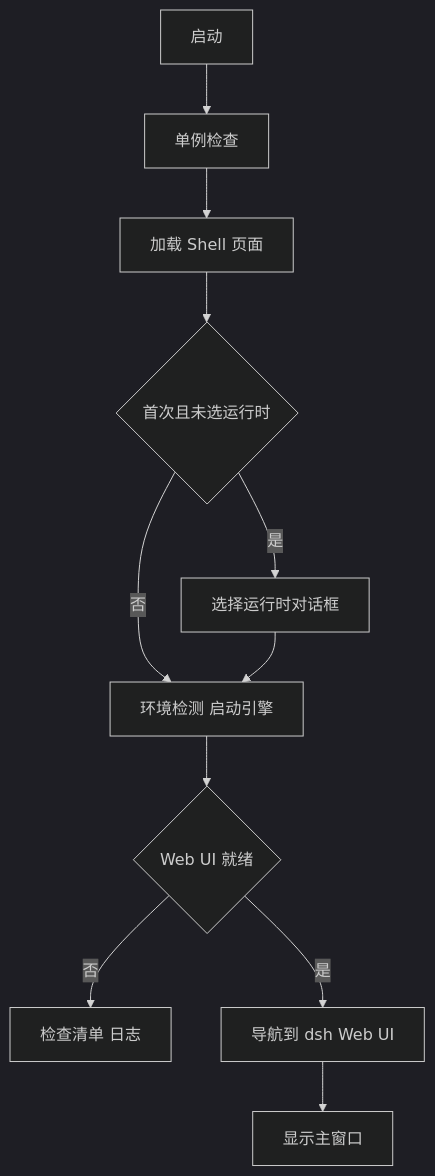
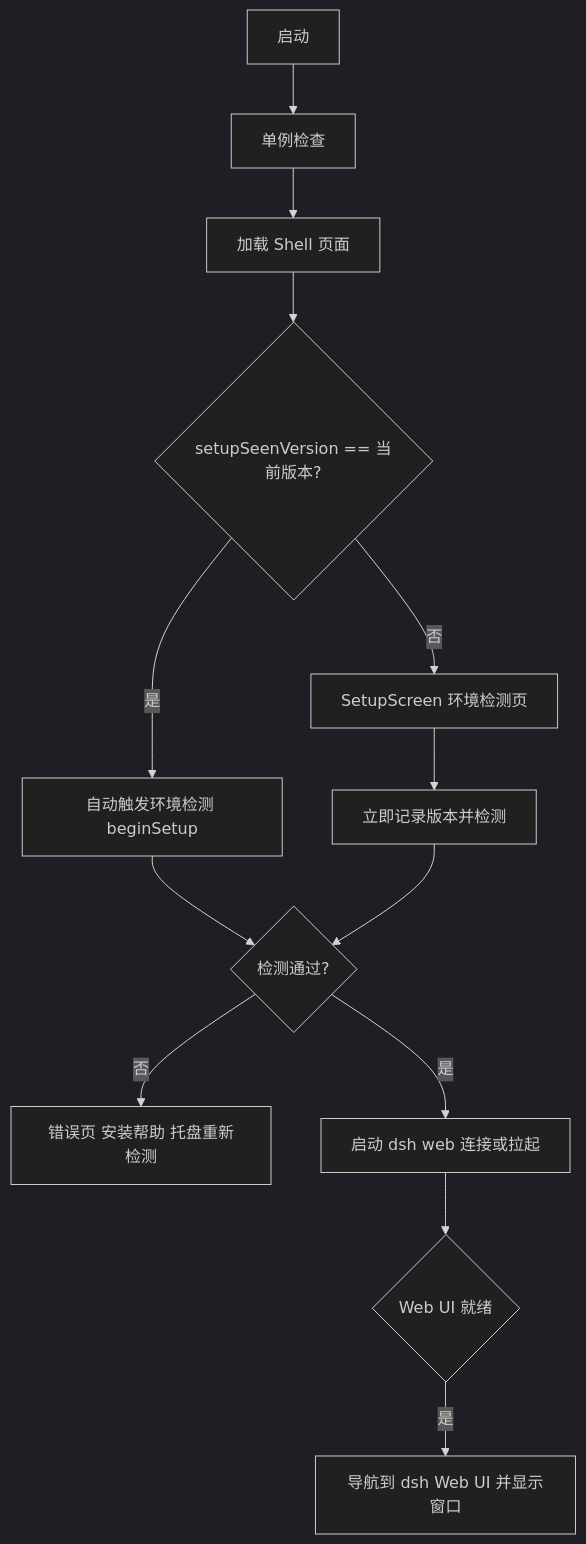
One commit to KevinT-hub/dsh-tauri-gui changed the second of 2 diagrams in docs/ARCHITECTURE.md. Above: the diagram before and after it, drawn with Mermaid (dark theme). The commit also changed other lines of this file and 13 other files, not shown here.

````diff
--- a/docs/ARCHITECTURE.md
+++ b/docs/ARCHITECTURE.md
@@ -59,13 +47,15 @@
 ```mermaid
 flowchart TD
   S[启动] --> SI[单例检查]
   SI --> SP[加载 Shell 页面]
-  SP --> Q{首次且未选运行时}
-  Q -->|是| D1[选择运行时对话框]
-  Q -->|否| D2[环境检测 启动引擎]
-  D1 --> D2
-  D2 --> R{Web UI 就绪}
-  R -->|否| W[检查清单 日志]
-  R -->|是| N[导航到 dsh Web UI]
-  N --> V[显示主窗口]
+  SP --> Q{setupSeenVersion == 当前版本?}
+  Q -->|否| D[SetupScreen 环境检测页]
+  D --> D2[立即记录版本并检测]
+  Q -->|是| B[自动触发环境检测 beginSetup]
+  B --> R{检测通过?}
+  D2 --> R
+  R -->|否| E[错误页 安装帮助 托盘重新检测]
+  R -->|是| N[启动 dsh web 连接或拉起]
+  N --> W{Web UI 就绪}
+  W -->|是| V[导航到 dsh Web UI 并显示窗口]
 ```
````
